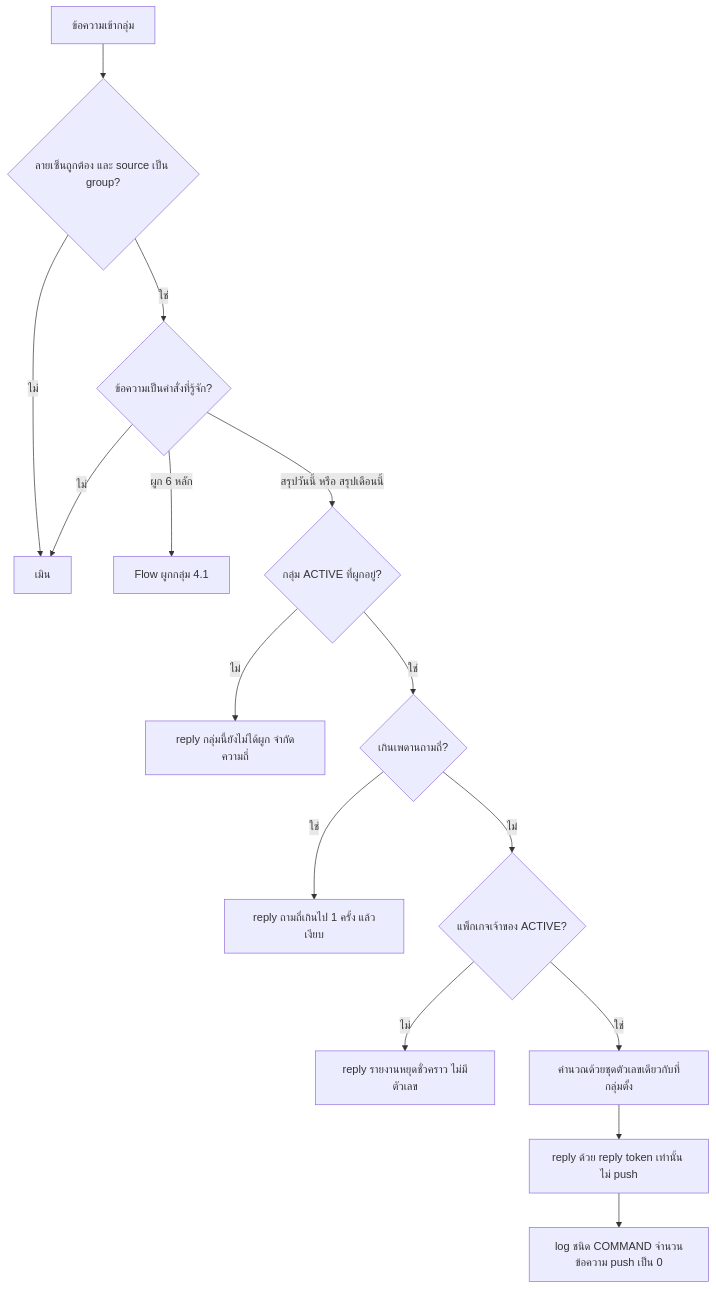
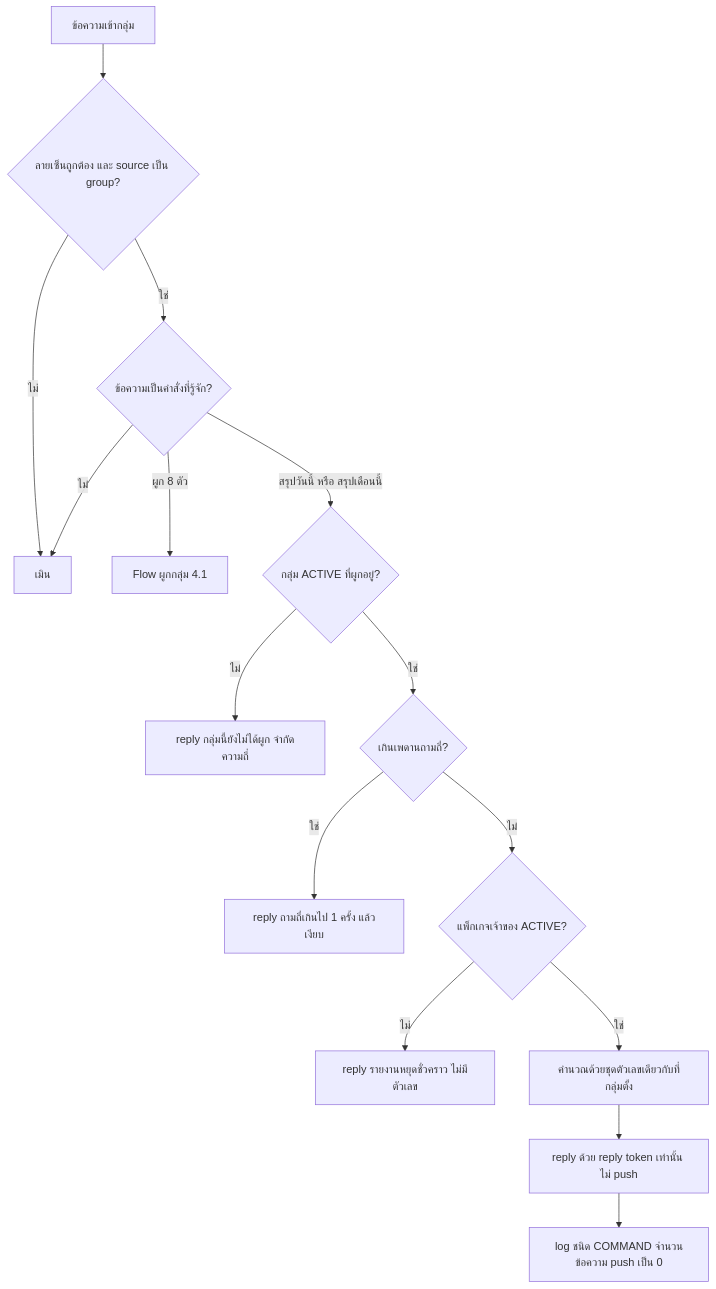
One commit to CodeCooLTH/deep-web changed the fourth of 4 diagrams in docs/20 - Features/00068 - LINE Group Summary Report/BRD.md. Above: the diagram before and after it, drawn with Mermaid. The commit also changed other lines of this file and 24 other files, not shown here.

````diff
--- a/docs/20 - Features/00068 - LINE Group Summary Report/BRD.md
+++ b/docs/20 - Features/00068 - LINE Group Summary Report/BRD.md
@@ -617,17 +619,17 @@
 ```mermaid
 flowchart TD
     A["ข้อความเข้ากลุ่ม"] --> B{"ลายเซ็นถูกต้อง และ source เป็น group?"}
     B -- ไม่ --> Z["เมิน"]
     B -- ใช่ --> C{"ข้อความเป็นคำสั่งที่รู้จัก?"}
     C -- ไม่ --> Z
-    C -- "ผูก 6 หลัก" --> D["Flow ผูกกลุ่ม 4.1"]
+    C -- "ผูก 8 ตัว" --> D["Flow ผูกกลุ่ม 4.1"]
     C -- "สรุปวันนี้ หรือ สรุปเดือนนี้" --> E{"กลุ่ม ACTIVE ที่ผูกอยู่?"}
     E -- ไม่ --> E1["reply กลุ่มนี้ยังไม่ได้ผูก จำกัดความถี่"]
     E -- ใช่ --> F{"เกินเพดานถามถี่?"}
     F -- ใช่ --> F1["reply ถามถี่เกินไป 1 ครั้ง แล้วเงียบ"]
     F -- ไม่ --> G{"แพ็กเกจเจ้าของ ACTIVE?"}
     G -- ไม่ --> G1["reply รายงานหยุดชั่วคราว ไม่มีตัวเลข"]
     G -- ใช่ --> H["คำนวณด้วยชุดตัวเลขเดียวกับที่กลุ่มตั้ง"]
     H --> I["reply ด้วย reply token เท่านั้น ไม่ push"]
     I --> J["log ชนิด COMMAND จำนวนข้อความ push เป็น 0"]
 ```
````
